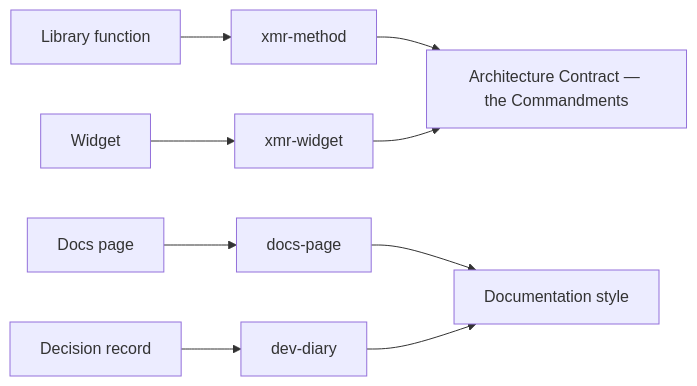
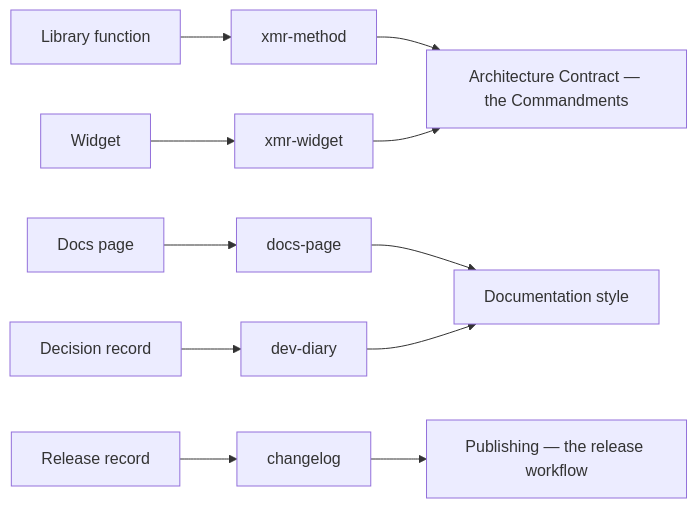
The diagram in docs/contribute/index.md (andrewendlinger/xmris), drawn with Mermaid before and after one commit. The commit also changed other lines of this file and 4 other files, not shown here.

````diff
--- a/docs/contribute/index.md
+++ b/docs/contribute/index.md
@@ -22,12 +23,14 @@
 ```{mermaid}
 %%{init: {'flowchart': {'htmlLabels': false}}}%%
 flowchart LR
     C1["Library function"] --> M["xmr-method"]
     C2["Widget"] --> W["xmr-widget"]
     C3["Docs page"] --> P["docs-page"]
     C4["Decision record"] --> V["dev-diary"]
+    C5["Release record"] --> L["changelog"]
     M --> A["Architecture Contract — the Commandments"]
     W --> A
     P --> H["Documentation style"]
     V --> H
+    L --> R["Publishing — the release workflow"]
 ```
````
